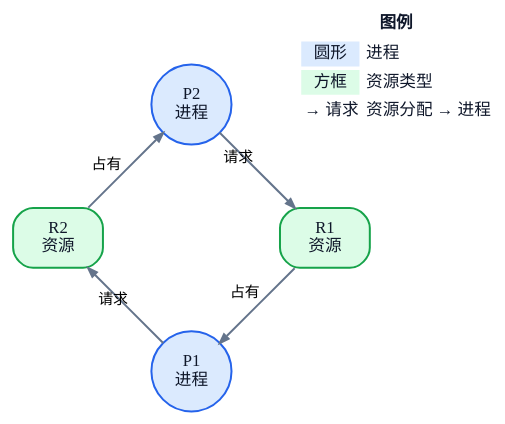
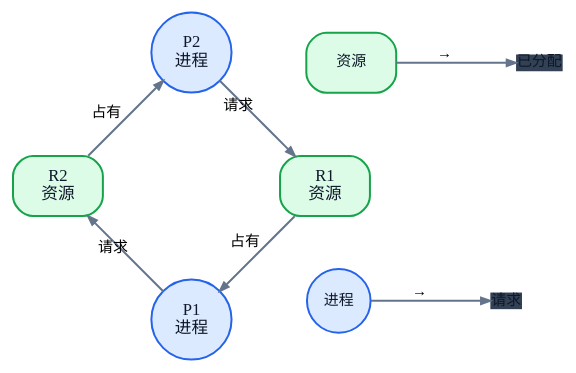
One commit to 74262195/system-architect-notes changed the diagram in 01_综合知识/01_计算机基础知识/02_操作系统/死锁与银行家算法.md. Above: the diagram before and after it, drawn with Graphviz. The commit also changed 3 other files, not shown here.

Commit message:
完善画图可读性规则与死锁图例

````diff
--- a/01_综合知识/01_计算机基础知识/02_操作系统/死锁与银行家算法.md
+++ b/01_综合知识/01_计算机基础知识/02_操作系统/死锁与银行家算法.md
@@ -93,24 +93,33 @@
 ```dot
 digraph ResourceAllocationGraph {
   graph [layout=circo, bgcolor="transparent", pad=0.05, margin=0, nodesep=0.15, overlap=false, ratio=compress]
   node [fontname="PingFang SC", fontsize=10, style="filled", penwidth=1.2, color="#334155", fontcolor="#0F172A", margin="0.1,0.06"]
   edge [fontname="PingFang SC", fontsize=9, color="#64748B", penwidth=1.2, arrowsize=0.55]
 
   P1 [label="P1\n进程", shape=circle, fillcolor="#DBEAFE", color="#2563EB"]
   P2 [label="P2\n进程", shape=circle, fillcolor="#DBEAFE", color="#2563EB"]
   R1 [label="R1\n资源", shape=box, style="rounded,filled", fillcolor="#DCFCE7", color="#16A34A"]
   R2 [label="R2\n资源", shape=box, style="rounded,filled", fillcolor="#DCFCE7", color="#16A34A"]
 
   P1 -> R2 [label="请求"]
   R2 -> P2 [label="占有"]
   P2 -> R1 [label="请求"]
   R1 -> P1 [label="占有"]
 
-  legend [shape=plain, style="", label=<<TABLE BORDER="0" CELLBORDER="0" CELLSPACING="2" CELLPADDING="2">
-    <TR><TD COLSPAN="2"><B>图例</B></TD></TR>
-    <TR><TD BGCOLOR="#DBEAFE">圆形</TD><TD ALIGN="LEFT">进程</TD></TR>
-    <TR><TD BGCOLOR="#DCFCE7">方框</TD><TD ALIGN="LEFT">资源类型</TD></TR>
-    <TR><TD ALIGN="LEFT">→ 请求</TD><TD ALIGN="LEFT">资源分配 → 进程</TD></TR>
-  </TABLE>>]
+  subgraph cluster_legend {
+    label="图例"
+    color="#CBD5E1"
+    fontname="PingFang SC"
+    fontsize=9
+    style="rounded,dashed"
+    margin=5
+    rank=same
+    legend_process [label="进程", shape=circle, fontsize=9, fillcolor="#DBEAFE", color="#2563EB"]
+    legend_resource [label="资源", shape=box, fontsize=9, style="rounded,filled", fillcolor="#DCFCE7", color="#16A34A"]
+    legend_request [label="请求", shape=plain, fontsize=9]
+    legend_alloc [label="已分配", shape=plain, fontsize=9]
+    legend_process -> legend_request [label="→", fontsize=9, color="#64748B"]
+    legend_resource -> legend_alloc [label="→", fontsize=9, color="#64748B"]
+  }
 }
 ```
````
